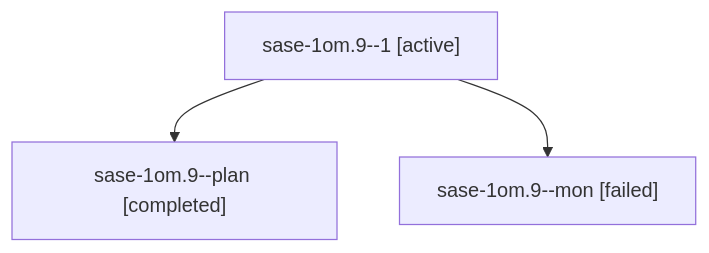
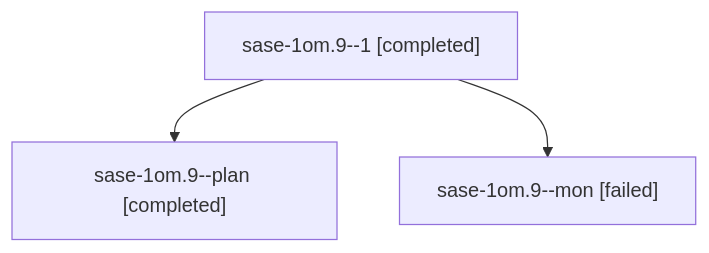
The diagram in sessions/bbugyi200.athena.sase-1om.9.md (sase-org/sase--agents), drawn with Mermaid before and after one commit. The commit also changed other lines of this file and 75 other files, not shown here.

````diff
--- a/sessions/bbugyi200.athena.sase-1om.9.md
+++ b/sessions/bbugyi200.athena.sase-1om.9.md
@@ -9,8 +9,8 @@
 ```mermaid
 flowchart TD
-  n0["sase-1om.9--1 [active]"]
+  n0["sase-1om.9--1 [completed]"]
   n1["sase-1om.9--plan [completed]"]
   n0 --> n1
   n2["sase-1om.9--mon [failed]"]
   n0 --> n2
 ```
````
